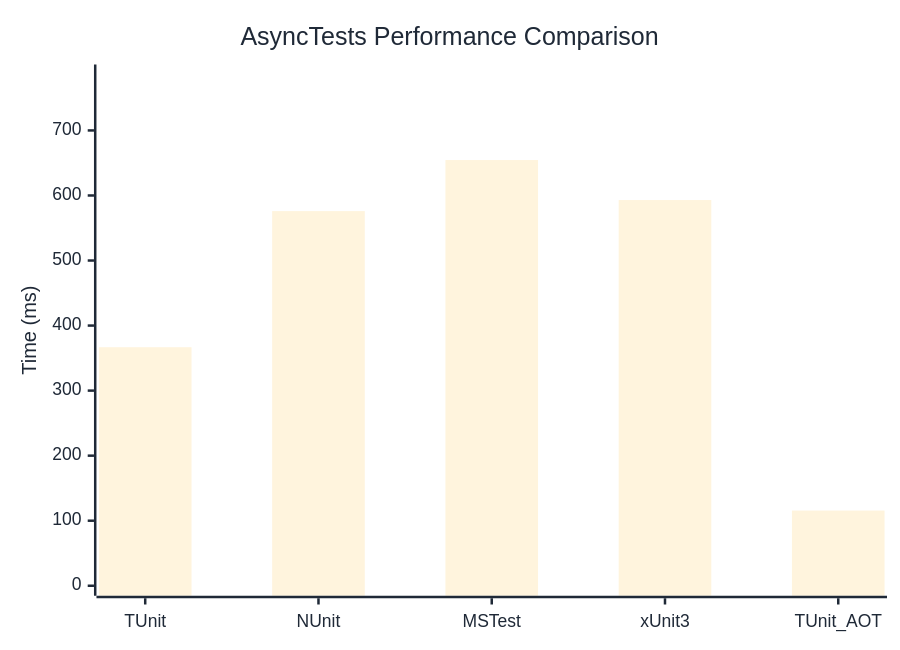
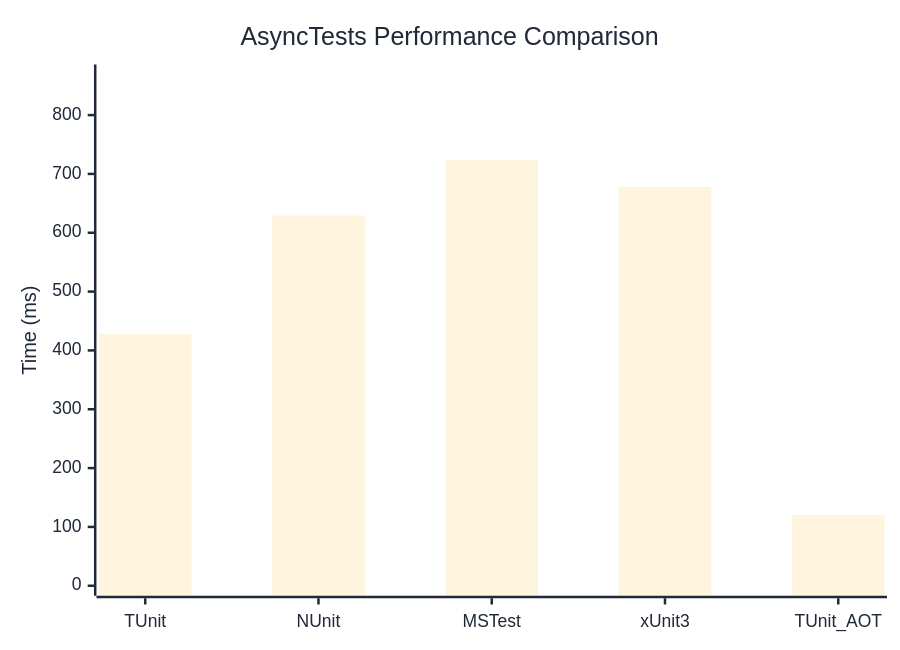
Before and after one commit to thomhurst/TUnit: the diagram in docs/docs/benchmarks/engine/AsyncTests.md, drawn with Mermaid. The commit also changed other lines of this file and 18 other files, not shown here.

````diff
--- a/docs/docs/benchmarks/engine/AsyncTests.md
+++ b/docs/docs/benchmarks/engine/AsyncTests.md
@@ -29,37 +29,37 @@
 ```mermaid
 %%{init: {
   'theme':'base',
   'themeVariables': {
     'primaryColor': '#2563eb',
     'primaryTextColor': '#1f2937',
     'primaryBorderColor': '#1e40af',
     'lineColor': '#6b7280',
     'secondaryColor': '#7c3aed',
     'tertiaryColor': '#dc2626',
     'background': '#ffffff',
     'mainBkg': '#2563eb',
     'secondBkg': '#7c3aed',
     'tertiaryBkg': '#dc2626',
     'clusterBkg': '#f3f4f6',
     'edgeLabelBackground': '#ffffff',
     'tertiaryTextColor': '#1f2937',
     'pie1': '#2563eb',
     'pie2': '#7c3aed',
     'pie3': '#dc2626',
     'pie4': '#f59e0b',
     'pie5': '#10b981',
     'pie6': '#06b6d4',
     'pie7': '#ec4899',
     'pie8': '#6366f1',
     'pie9': '#84cc16',
     'pie10': '#f97316',
     'pie11': '#14b8a6',
     'pie12': '#a855f7'
   }
 }}%%
 xychart-beta
   title "AsyncTests Performance Comparison"
   x-axis ["TUnit", "NUnit", "MSTest", "xUnit3", "TUnit_AOT"]
-  y-axis "Time (ms)" 0 --> 786
-  bar [366.7, 576, 654.5, 593, 115.6]
+  y-axis "Time (ms)" 0 --> 869
+  bar [428.1, 629.2, 723.4, 677.8, 120]
 ```
````
